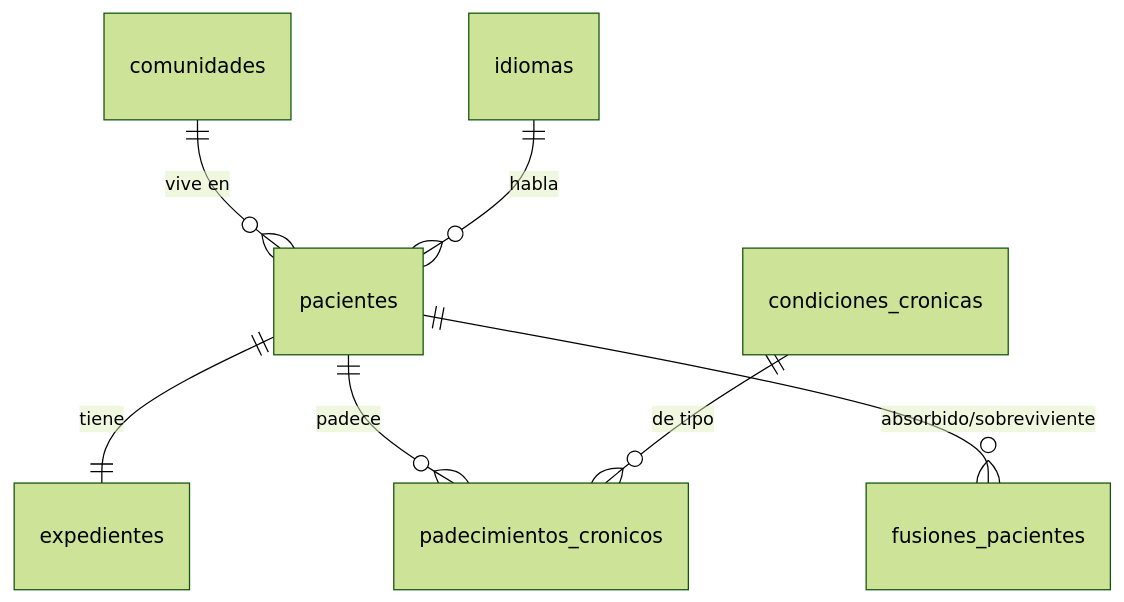
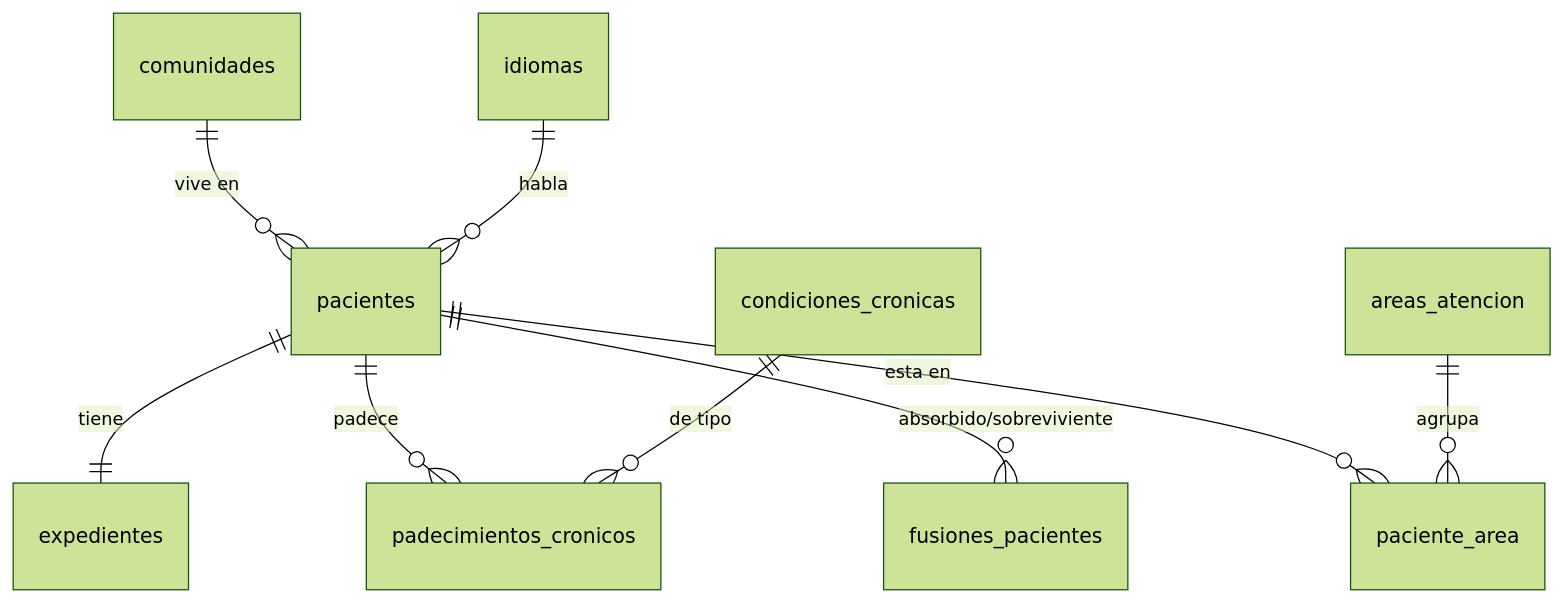
Before and after one commit to URL-ECOPAC/Ecopac-Digital: the third of 6 diagrams in docs/MODELO-DE-DATOS.md, drawn with Mermaid (forest theme). The commit also changed other lines of this file, not shown here.

````diff
--- a/docs/MODELO-DE-DATOS.md
+++ b/docs/MODELO-DE-DATOS.md
@@ -288,9 +294,11 @@
 ```mermaid
 erDiagram
     comunidades ||--o{ pacientes : "vive en"
     idiomas ||--o{ pacientes : habla
     pacientes ||--|| expedientes : tiene
     pacientes ||--o{ padecimientos_cronicos : padece
     condiciones_cronicas ||--o{ padecimientos_cronicos : "de tipo"
     pacientes ||--o{ fusiones_pacientes : "absorbido/sobreviviente"
+    pacientes ||--o{ paciente_area : "esta en"
+    areas_atencion ||--o{ paciente_area : "agrupa"
 ```
````
